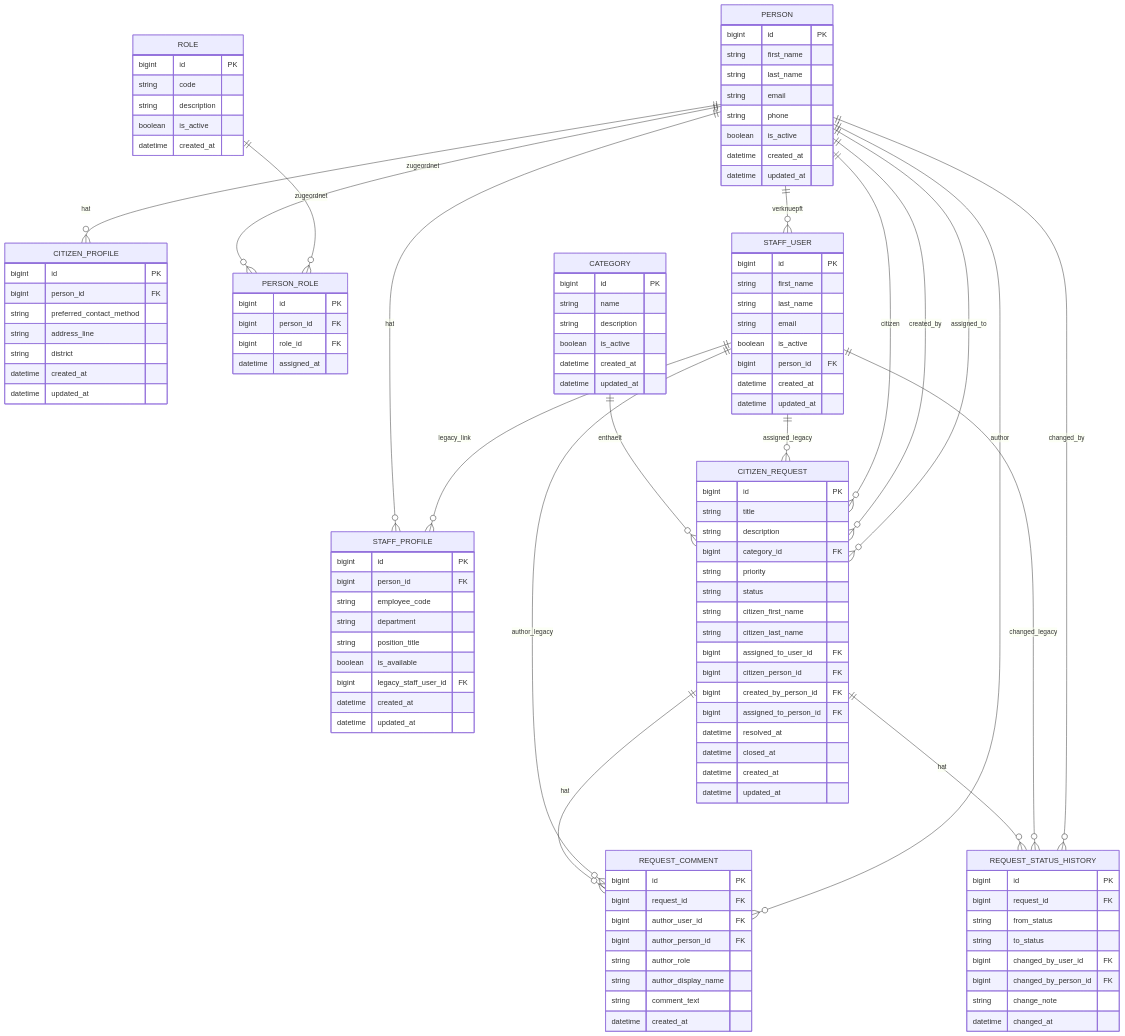
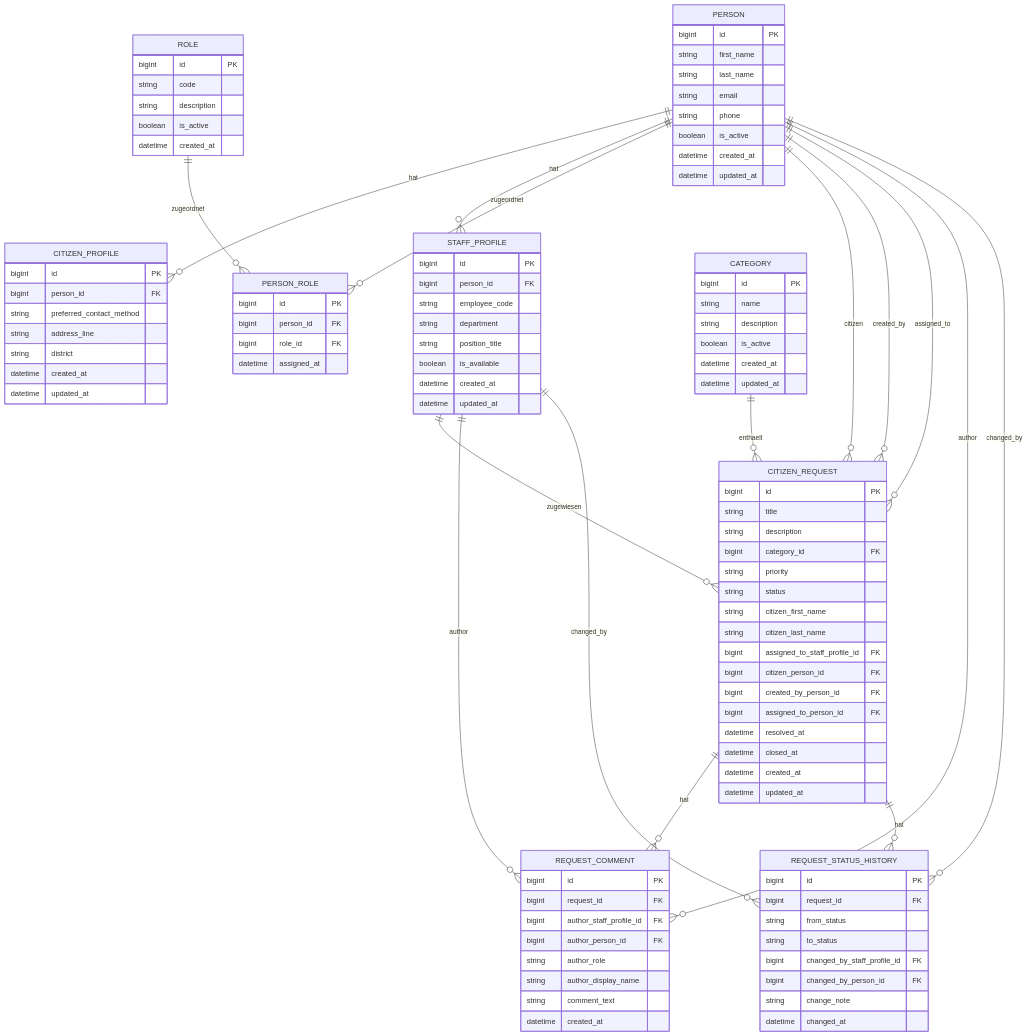
The diagram in README_de.md (andrii-kosmeniuk/citizen-managment-system), drawn with Mermaid before and after one commit. The commit also changed other lines of this file and 32 other files, not shown here.

````diff
--- a/README_de.md
+++ b/README_de.md
@@ -216,7 +222,6 @@
         string department
         string position_title
         boolean is_available
-        bigint legacy_staff_user_id FK
         datetime created_at
         datetime updated_at
     }
@@ -234,17 +239,6 @@
         bigint person_id FK
         bigint role_id FK
         datetime assigned_at
-    }
-
-    STAFF_USER {
-        bigint id PK
-        string first_name
-        string last_name
-        string email
-        boolean is_active
-        bigint person_id FK
-        datetime created_at
-        datetime updated_at
     }
 
     CATEGORY {
@@ -265,7 +259,7 @@
         string status
         string citizen_first_name
         string citizen_last_name
-        bigint assigned_to_user_id FK
+        bigint assigned_to_staff_profile_id FK
         bigint citizen_person_id FK
         bigint created_by_person_id FK
         bigint assigned_to_person_id FK
@@ -278,7 +272,7 @@
     REQUEST_COMMENT {
         bigint id PK
         bigint request_id FK
-        bigint author_user_id FK
+        bigint author_staff_profile_id FK
         bigint author_person_id FK
         string author_role
         string author_display_name
@@ -291,7 +285,7 @@
         bigint request_id FK
         string from_status
         string to_status
-        bigint changed_by_user_id FK
+        bigint changed_by_staff_profile_id FK
         bigint changed_by_person_id FK
         string change_note
         datetime changed_at
@@ -302,20 +296,17 @@
     PERSON ||--o{ PERSON_ROLE : "zugeordnet"
     ROLE ||--o{ PERSON_ROLE : "zugeordnet"
 
-    PERSON ||--o{ STAFF_USER : "verknuepft"
-    STAFF_USER ||--o{ STAFF_PROFILE : "legacy_link"
-
     CATEGORY ||--o{ CITIZEN_REQUEST : "enthaelt"
-    STAFF_USER ||--o{ CITIZEN_REQUEST : "assigned_legacy"
+    STAFF_PROFILE ||--o{ CITIZEN_REQUEST : "zugewiesen"
     PERSON ||--o{ CITIZEN_REQUEST : "citizen"
     PERSON ||--o{ CITIZEN_REQUEST : "created_by"
     PERSON ||--o{ CITIZEN_REQUEST : "assigned_to"
 
     CITIZEN_REQUEST ||--o{ REQUEST_COMMENT : "hat"
-    STAFF_USER ||--o{ REQUEST_COMMENT : "author_legacy"
+    STAFF_PROFILE ||--o{ REQUEST_COMMENT : "author"
     PERSON ||--o{ REQUEST_COMMENT : "author"
 
     CITIZEN_REQUEST ||--o{ REQUEST_STATUS_HISTORY : "hat"
-    STAFF_USER ||--o{ REQUEST_STATUS_HISTORY : "changed_legacy"
+    STAFF_PROFILE ||--o{ REQUEST_STATUS_HISTORY : "changed_by"
     PERSON ||--o{ REQUEST_STATUS_HISTORY : "changed_by"
 ```
````
